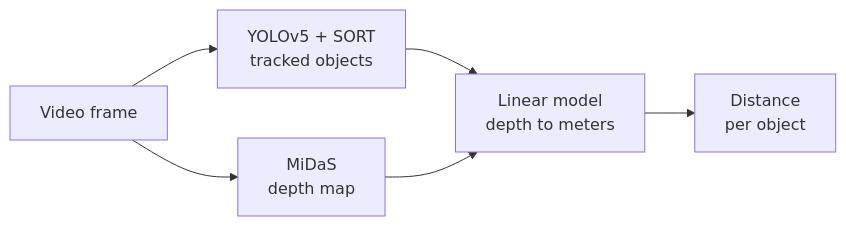
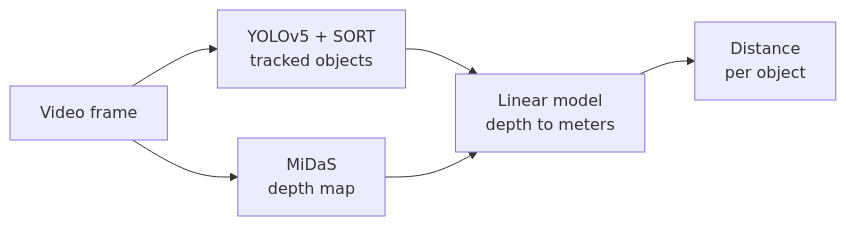
One commit to krishnapriyarajeev/krishnapriyarajeev changed the sixth of 6 diagrams in README.md. Above: the diagram before and after it, drawn with Mermaid. The commit also changed other lines of this file, not shown here.

Commit message:
Keep diagram corners clear of GitHub's zoom buttons

````diff
--- a/README.md
+++ b/README.md
@@ -119,8 +123,10 @@
   ```mermaid
   flowchart LR
       m1["Video frame"] --> m2["YOLOv5 + SORT<br/>tracked objects"]
       m1 --> m3["MiDaS<br/>depth map"]
       m2 --> m4["Linear model<br/>depth to meters"]
       m3 --> m4
       m4 --> m5["Distance<br/>per object"]
+      m4 ~~~ m9[" "]
+      style m9 fill:none,stroke:none
   ```
````
